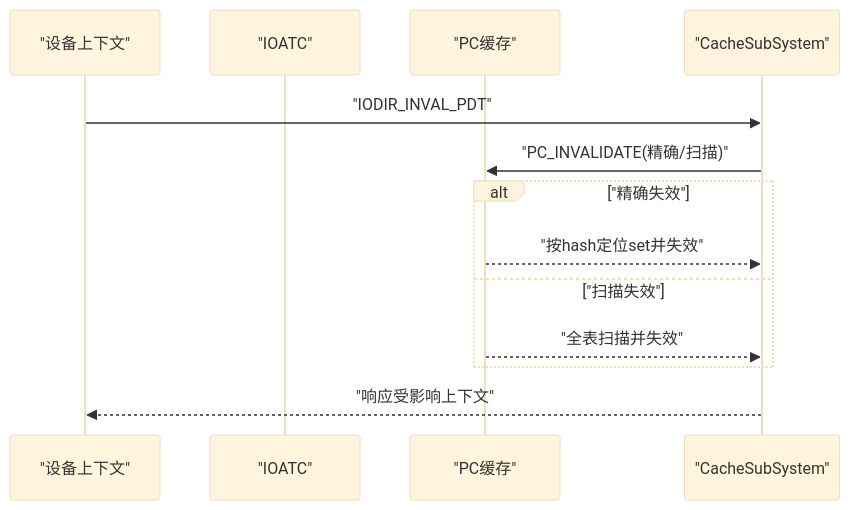
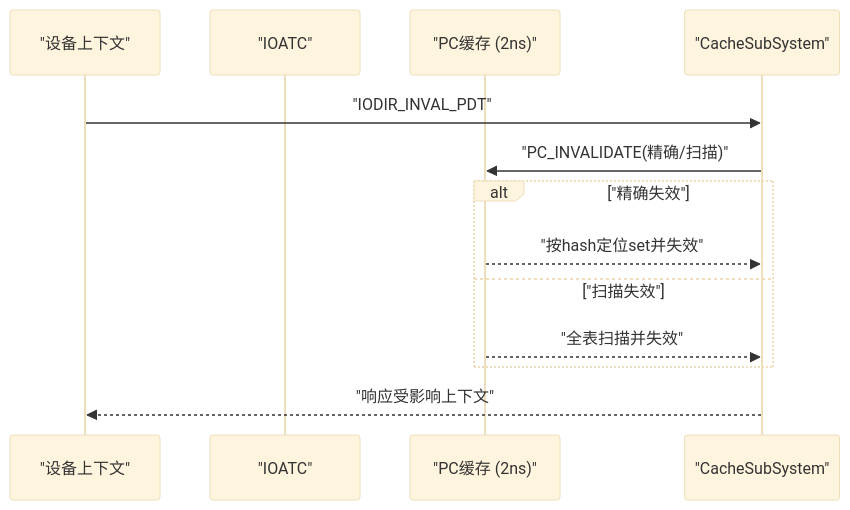
The fifth of 6 diagrams in .qoder/repowiki/zh/content/缓存系统/PC缓存（进程上下文缓存）.md (jiangjiang1122/iommu_model_20260401_v1), drawn with Mermaid (base theme) before and after one commit. The commit also changed other lines of this file and 55 other files, not shown here.

````diff
--- a/.qoder/repowiki/zh/content/缓存系统/PC缓存（进程上下文缓存）.md
+++ b/.qoder/repowiki/zh/content/缓存系统/PC缓存（进程上下文缓存）.md
@@ -239,15 +240,15 @@
 ```mermaid
 sequenceDiagram
 participant DC as "设备上下文"
 participant IOATC as "IOATC"
-participant PC as "PC缓存"
+participant PC as "PC缓存 (2ns)"
 participant CS as "CacheSubSystem"
 DC->>CS : "IODIR_INVAL_PDT"
 CS->>PC : "PC_INVALIDATE(精确/扫描)"
 alt "精确失效"
 PC-->>CS : "按hash定位set并失效"
 else "扫描失效"
 PC-->>CS : "全表扫描并失效"
 end
 CS-->>DC : "响应受影响上下文"
 ```
````
